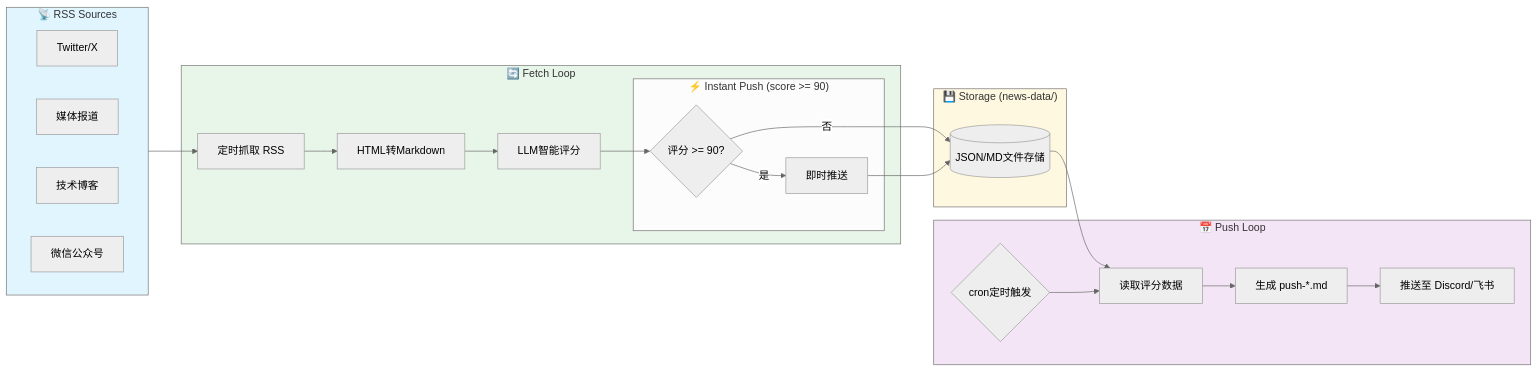
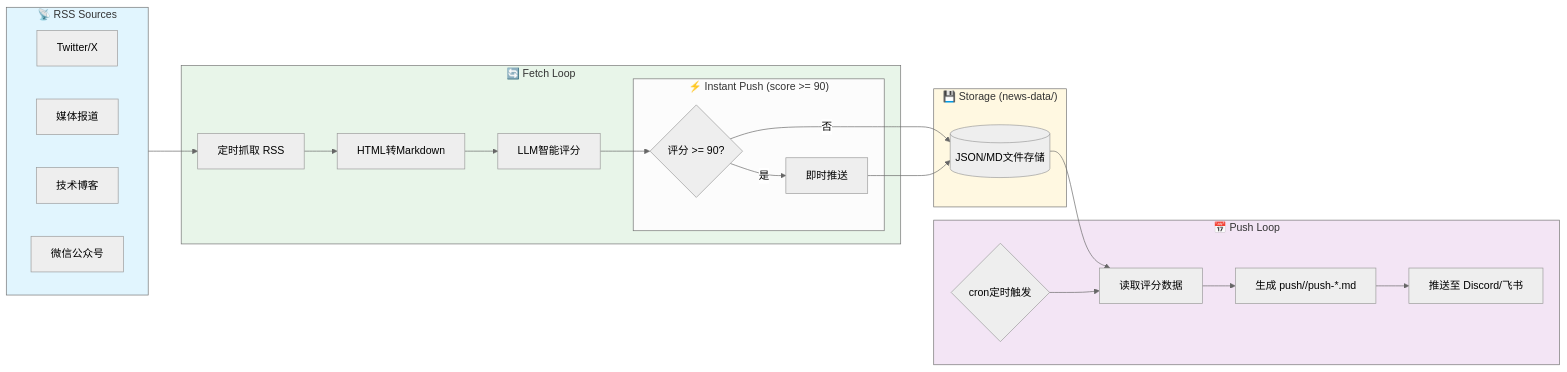
Before and after one commit to David-Su/ai-daily: the diagram in docs/tech-spec.md, drawn with Mermaid (neutral theme). The commit also changed other lines of this file and 12 other files, not shown here.

````diff
--- a/docs/tech-spec.md
+++ b/docs/tech-spec.md
@@ -41,46 +41,46 @@
 ```mermaid
 flowchart LR
     subgraph RSS源 ["📡 RSS Sources"]
         direction LR
         RS1[Twitter/X]
         RS2[媒体报道]
         RS3[技术博客]
         RS4[微信公众号]
     end
 
     subgraph 存储层 ["💾 Storage (news-data/)"]
         DB[(JSON/MD文件存储)]
     end
 
     subgraph Fetch循环 ["🔄 Fetch Loop"]
         FL[定时抓取 RSS] --> MD[HTML转Markdown] --> LLM[LLM智能评分]
 
         subgraph 即时推送 ["⚡ Instant Push (score >= 90)"]
             HOT{评分 >= 90?} -->|是| IP[即时推送]
         end
     end
 
     subgraph Push循环 ["📅 Push Loop"]
         CRON{cron定时触发}
         PROC[读取评分数据]
-        PUSH[生成 push-*.md]
+        PUSH[生成 push/<domain>/push-*.md]
         PLAT[推送至 Discord/飞书]
     end
 
     RSS源 --> FL
 
     LLM --> HOT
     HOT -->|否| DB
     IP --> DB
 
     DB --> PROC
 
     CRON --> PROC
     PROC --> PUSH
     PUSH --> PLAT
 
     style RSS源 fill:#e1f5fe
     style 存储层 fill:#fff8e1
     style Fetch循环 fill:#e8f5e9
     style Push循环 fill:#f3e5f5
 ```
````
